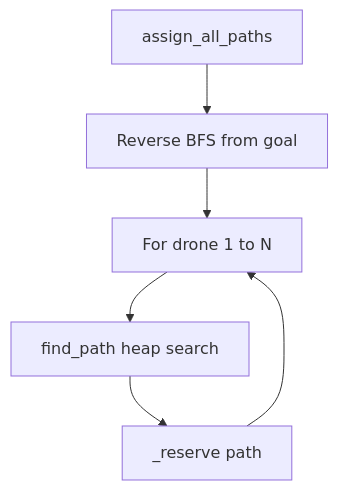
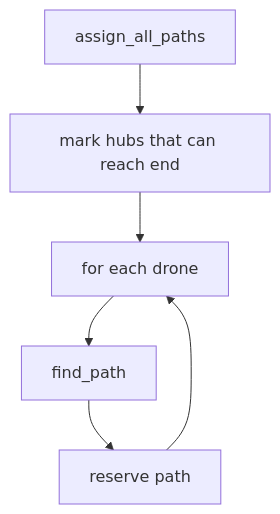
Before and after one commit to laghzal49/fly-in: the diagram in docs/algo.md, drawn with Mermaid. The commit also changed other lines of this file and 14 other files, not shown here.

````diff
--- a/docs/algo.md
+++ b/docs/algo.md
@@ -64,8 +52,8 @@
 ```mermaid
 flowchart TD
-    A[assign_all_paths] --> B[Reverse BFS from goal]
-    B --> C[For drone 1 to N]
-    C --> D[find_path heap search]
-    D --> E[_reserve path]
+    A[assign_all_paths] --> B[mark hubs that can reach end]
+    B --> C[for each drone]
+    C --> D[find_path]
+    D --> E[reserve path]
     E --> C
 ```
````
